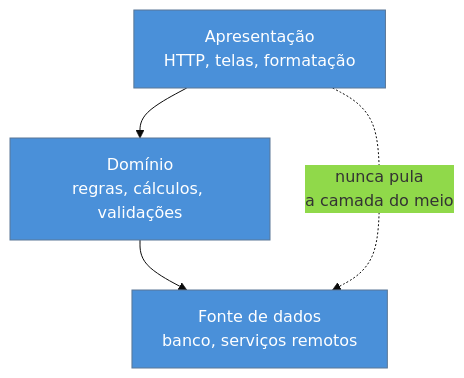
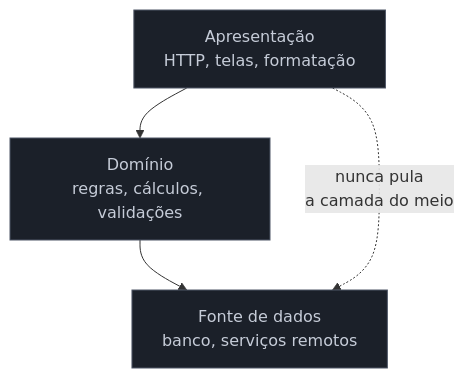
One commit to josenaldo/codex-technomanticus changed the first of 2 diagrams in 03-Dominios/Engenharia/Design de Software/Padrões de Projeto/Aplicação Corporativa/01 - Panorama da aplicação corporativa.md. Above: the diagram before and after it, drawn with Mermaid. The commit also changed other lines of this file and 1181 other files, not shown here.

First line of the commit message:
fix(diagramas): paleta do sistema no lugar de cor cravada no markdown

````diff
--- a/03-Dominios/Engenharia/Design de Software/Padrões de Projeto/Aplicação Corporativa/01 - Panorama da aplicação corporativa.md
+++ b/03-Dominios/Engenharia/Design de Software/Padrões de Projeto/Aplicação Corporativa/01 - Panorama da aplicação corporativa.md
@@ -49,12 +49,12 @@
 ```mermaid
-%%{init: {"theme": "base", "themeVariables": {"primaryColor": "#4A90D9"}}}%%
 graph TD
+    classDef neutro fill:#1B2029,stroke:#4E5666,color:#C6CCD8
     P["Apresentação<br/>HTTP, telas, formatação"] --> D["Domínio<br/>regras, cálculos, validações"]
     D --> F["Fonte de dados<br/>banco, serviços remotos"]
 
     P -.->|"nunca pula<br/>a camada do meio"| F
 
-    style P fill:#4A90D9,color:#fff
-    style D fill:#4A90D9,color:#fff
-    style F fill:#4A90D9,color:#fff
+    class P neutro
+    class D neutro
+    class F neutro
 ```
````
